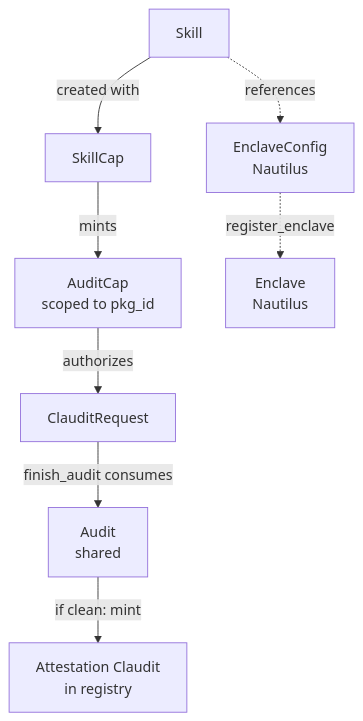
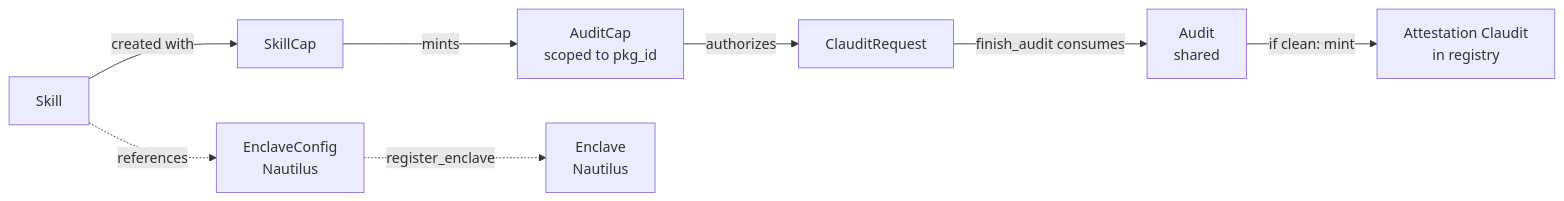
The third of 3 diagrams in claudilus/DESIGN.md (mdgeorge4153/sui-attestation-registry), drawn with Mermaid before and after one commit. The commit also changed other lines of this file, not shown here.

First line of the commit message:
Make skill identity a one-time witness; horizontal types diagram

````diff
--- a/claudilus/DESIGN.md
+++ b/claudilus/DESIGN.md
@@ -230,10 +239,10 @@
 ```mermaid
-flowchart TD
+flowchart LR
     Skill[Skill] -->|created with| SkillCap[SkillCap]
     SkillCap -->|mints| AuditCap[AuditCap<br/>scoped to pkg_id]
     AuditCap -->|authorizes| Req[ClauditRequest]
     Req -->|finish_audit consumes| Audit[Audit<br/>shared]
     Audit -->|if clean: mint| Att[Attestation Claudit<br/>in registry]
     Skill -.references.-> EC[EnclaveConfig<br/>Nautilus]
     EC -.register_enclave.-> Enc[Enclave<br/>Nautilus]
 ```
````
